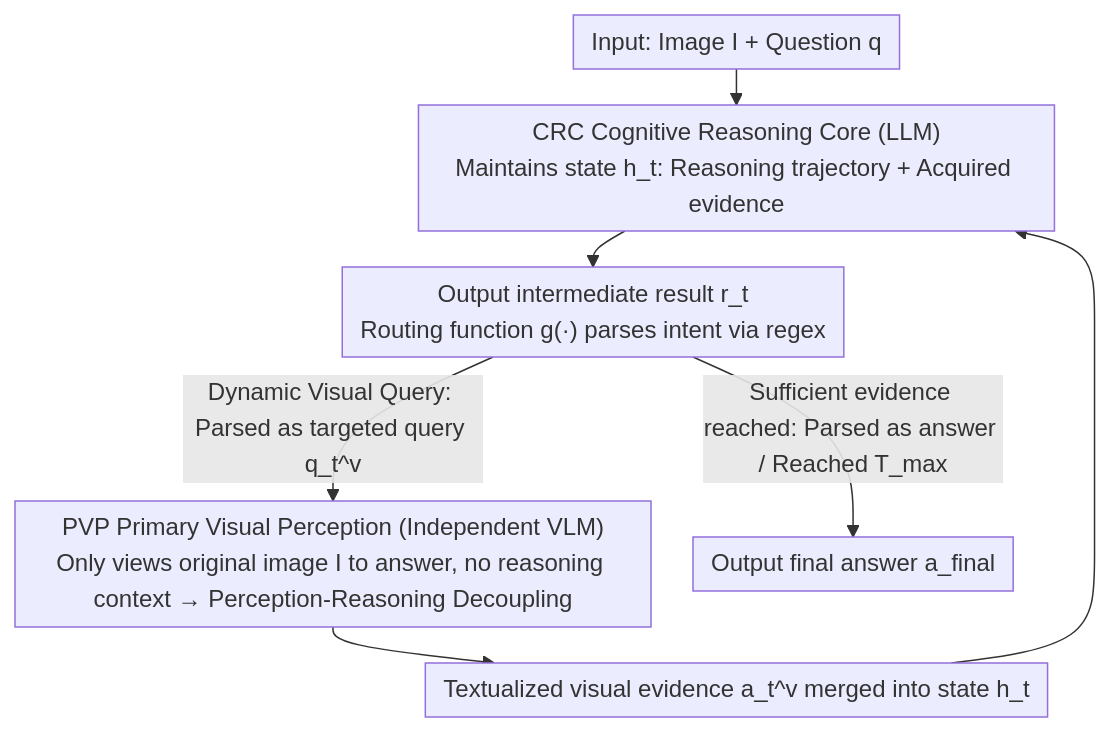
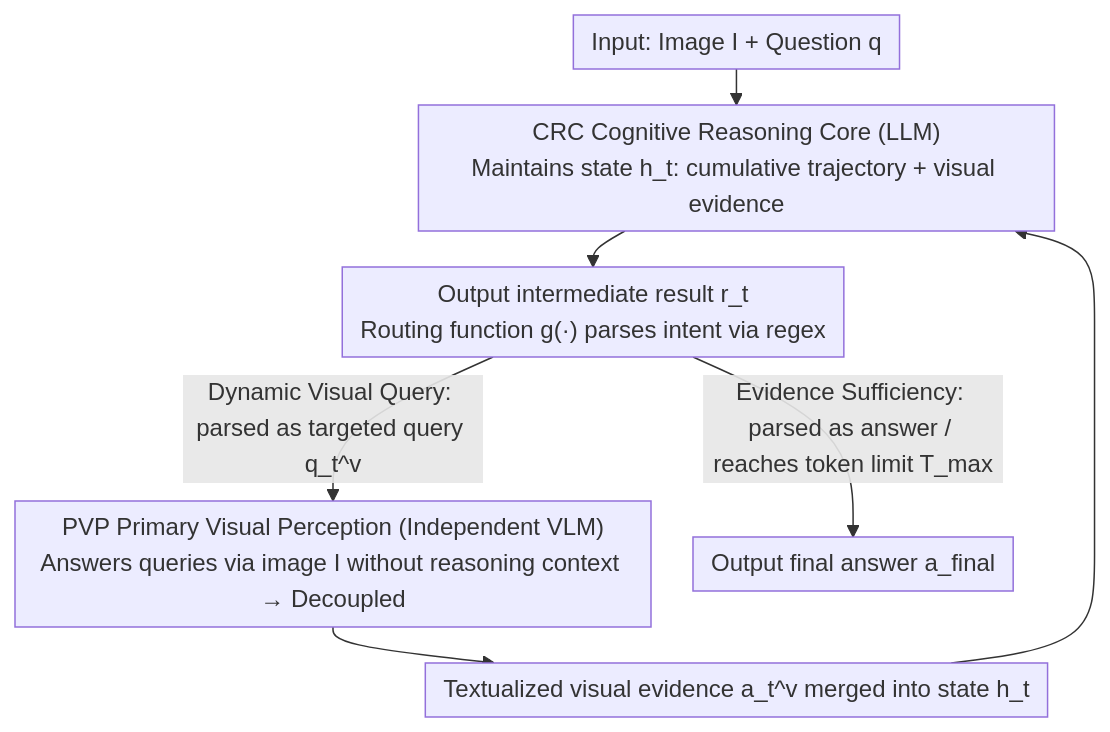
Before and after one commit to zhaoyang97/Paper-Notes-en: the diagram in docs/ICML2026/vlm_reasoning/look_on_demand_a_cognitive_scheduling_framework_for_visual_evidence_acquisition_.md, drawn with Mermaid. The commit also changed other lines of this file and 5084 other files, not shown here.

````diff
--- a/docs/ICML2026/vlm_reasoning/look_on_demand_a_cognitive_scheduling_framework_for_visual_evidence_acquisition_.md
+++ b/docs/ICML2026/vlm_reasoning/look_on_demand_a_cognitive_scheduling_framework_for_visual_evidence_acquisition_.md
@@ -50,10 +50,10 @@
 ```mermaid
 %%{init: {'flowchart': {'rankSpacing': 24, 'nodeSpacing': 28, 'padding': 6, 'wrappingWidth': 400}}}%%
 flowchart TD
-    A["Input: Image I + Question q"] --> B["CRC Cognitive Reasoning Core (LLM)<br/>Maintains state h_t: Reasoning trajectory + Acquired evidence"]
+    A["Input: Image I + Question q"] --> B["CRC Cognitive Reasoning Core (LLM)<br/>Maintains state h_t: cumulative trajectory + visual evidence"]
     B --> C["Output intermediate result r_t<br/>Routing function g(·) parses intent via regex"]
-    C -->|"Dynamic Visual Query: Parsed as targeted query q_t^v"| D["PVP Primary Visual Perception (Independent VLM)<br/>Only views original image I to answer, no reasoning context → Perception-Reasoning Decoupling"]
+    C -->|"Dynamic Visual Query: parsed as targeted query q_t^v"| D["PVP Primary Visual Perception (Independent VLM)<br/>Answers queries via image I without reasoning context → Decoupled"]
     D --> E["Textualized visual evidence a_t^v merged into state h_t"]
     E --> B
-    C -->|"Sufficient evidence reached: Parsed as answer / Reached T_max"| F["Output final answer a_final"]
+    C -->|"Evidence Sufficiency: parsed as answer / reaches token limit T_max"| F["Output final answer a_final"]
 ```
````
